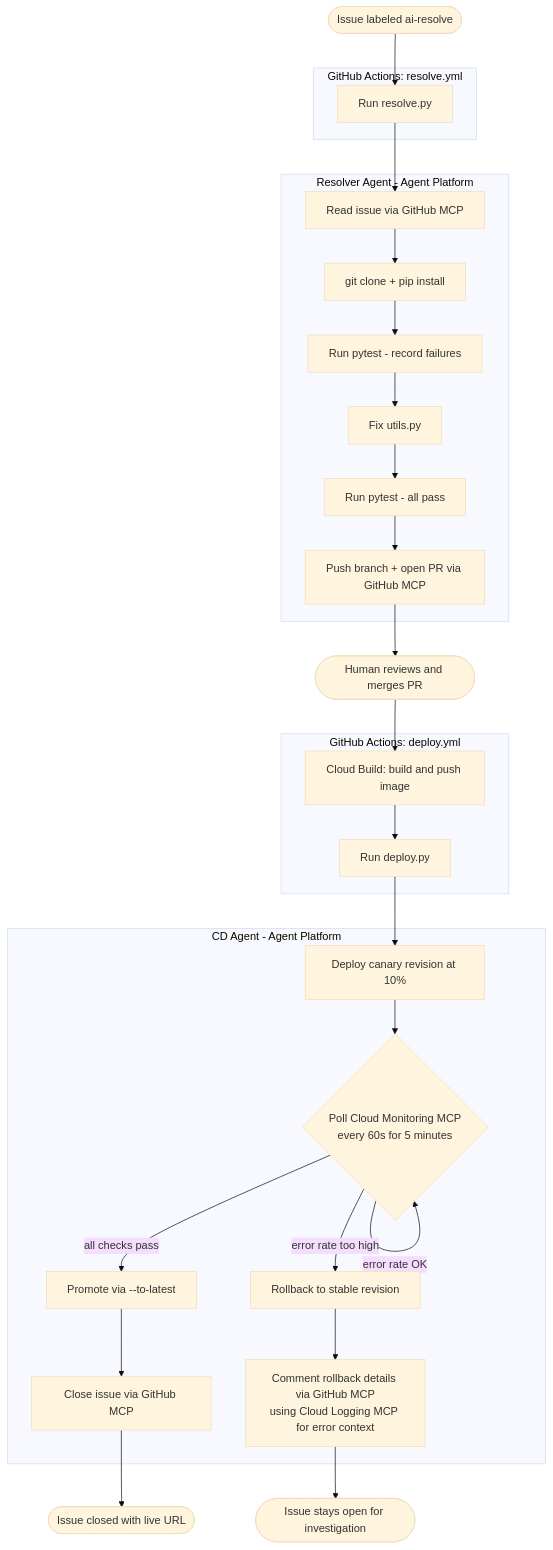
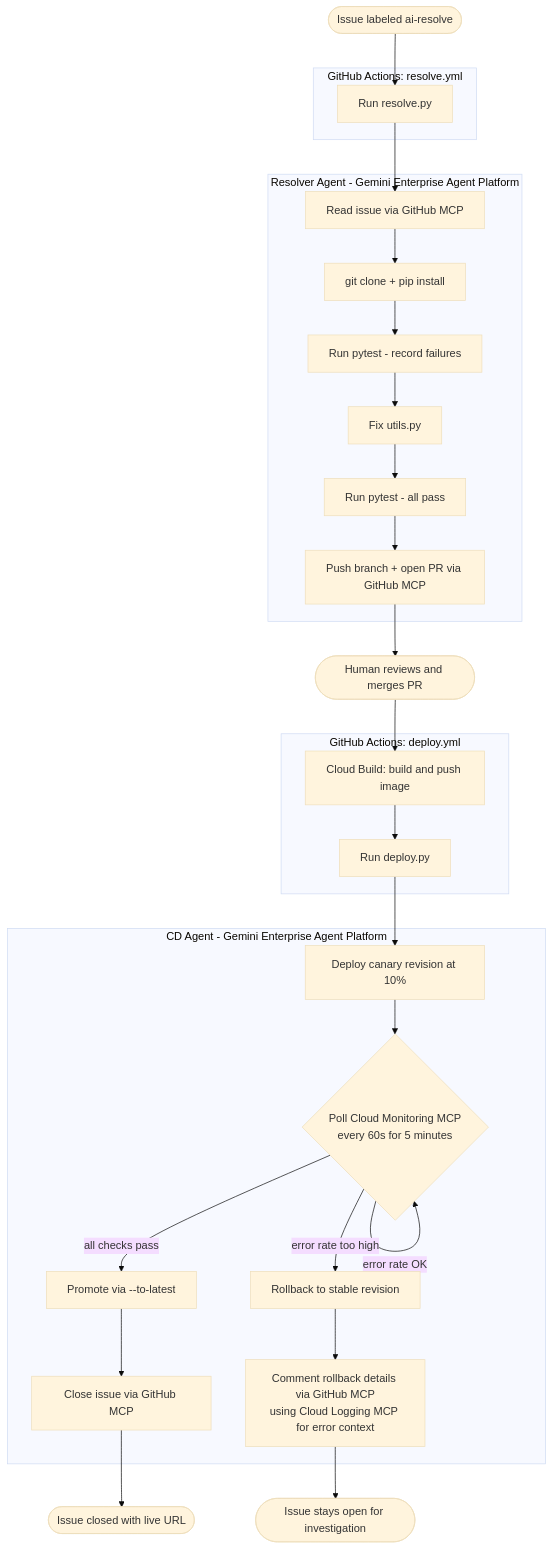
One commit to Saoussen-CH/github-issue-resolver changed the diagram in codelab/index.lab.md. Above: the diagram before and after it, drawn with Mermaid (base theme). The commit also changed other lines of this file and 2 other files, not shown here.

First line of the commit message:
Fix terminology: Vertex AI Agent Platform -> Gemini Enterprise Agent Platform

````diff
--- a/codelab/index.lab.md
+++ b/codelab/index.lab.md
@@ -40,38 +40,38 @@
 ```mermaid
 flowchart TD
     A([Issue labeled ai-resolve]) --> B
 
     subgraph GHA1["GitHub Actions: resolve.yml"]
         B[Run resolve.py]
     end
 
-    subgraph RA["Resolver Agent - Agent Platform"]
+    subgraph RA["Resolver Agent - Gemini Enterprise Agent Platform"]
         B --> C[Read issue via GitHub MCP]
         C --> D["git clone + pip install"]
         D --> E[Run pytest - record failures]
         E --> F[Fix utils.py]
         F --> G[Run pytest - all pass]
         G --> H[Push branch + open PR via GitHub MCP]
     end
 
     H --> I([Human reviews and merges PR])
     I --> J
 
     subgraph GHA2["GitHub Actions: deploy.yml"]
         J[Cloud Build: build and push image]
         J --> K[Run deploy.py]
     end
 
-    subgraph CDA["CD Agent - Agent Platform"]
+    subgraph CDA["CD Agent - Gemini Enterprise Agent Platform"]
         K --> L[Deploy canary revision at 10%]
         L --> M{Poll Cloud Monitoring MCP\nevery 60s for 5 minutes}
         M -->|error rate OK| M
         M -->|all checks pass| N[Promote via --to-latest]
         M -->|error rate too high| O[Rollback to stable revision]
         N --> P[Close issue via GitHub MCP]
         O --> Q[Comment rollback details via GitHub MCP\nusing Cloud Logging MCP for error context]
     end
 
     P --> R([Issue closed with live URL])
     Q --> S([Issue stays open for investigation])
 ```
````
